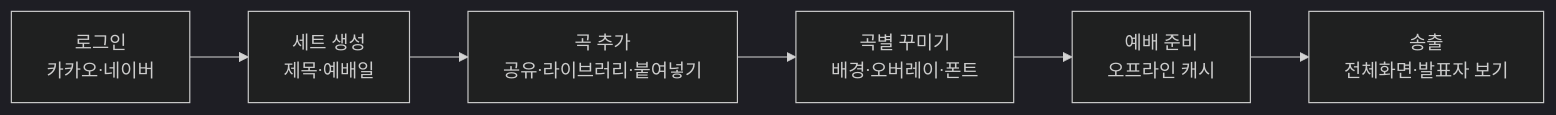
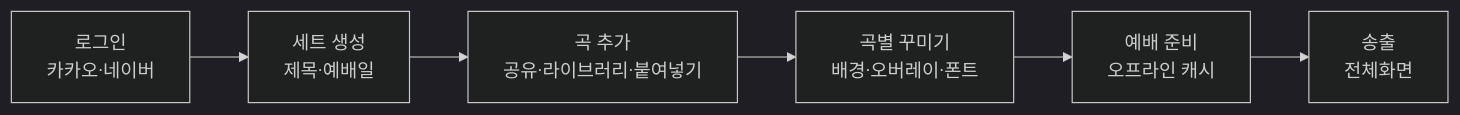
Before and after one commit to SIKU-KR/BangSongTeam: the diagram in prd.md, drawn with Mermaid (dark theme). The commit also changed other lines of this file and 44 other files, not shown here.

````diff
--- a/prd.md
+++ b/prd.md
@@ -177,8 +177,8 @@
 ```mermaid
 flowchart LR
   A[로그인<br/>카카오·네이버] --> B[세트 생성<br/>제목·예배일]
   B --> C[곡 추가<br/>공유·라이브러리·붙여넣기]
   C --> D[곡별 꾸미기<br/>배경·오버레이·폰트]
   D --> E[예배 준비<br/>오프라인 캐시]
-  E --> F[송출<br/>전체화면·발표자 보기]
+  E --> F[송출<br/>전체화면]
 ```
````
